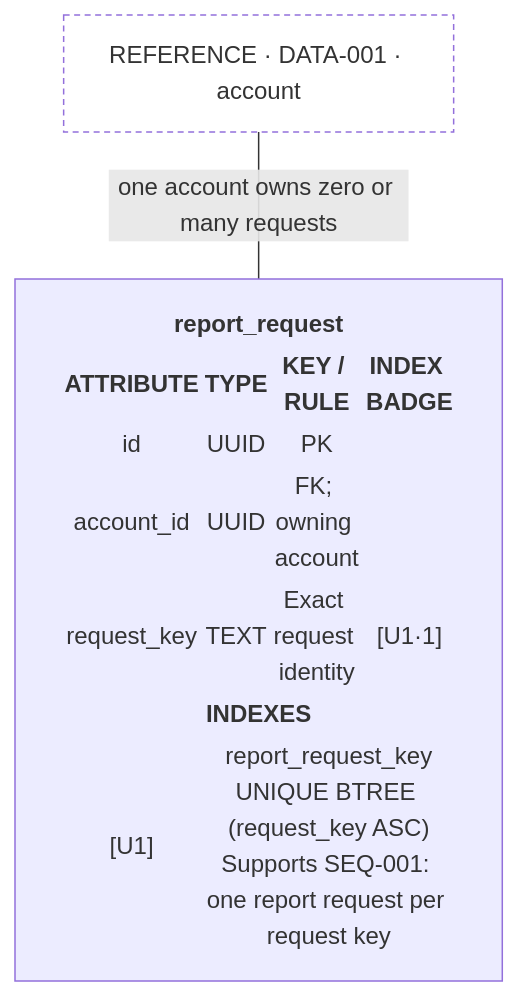
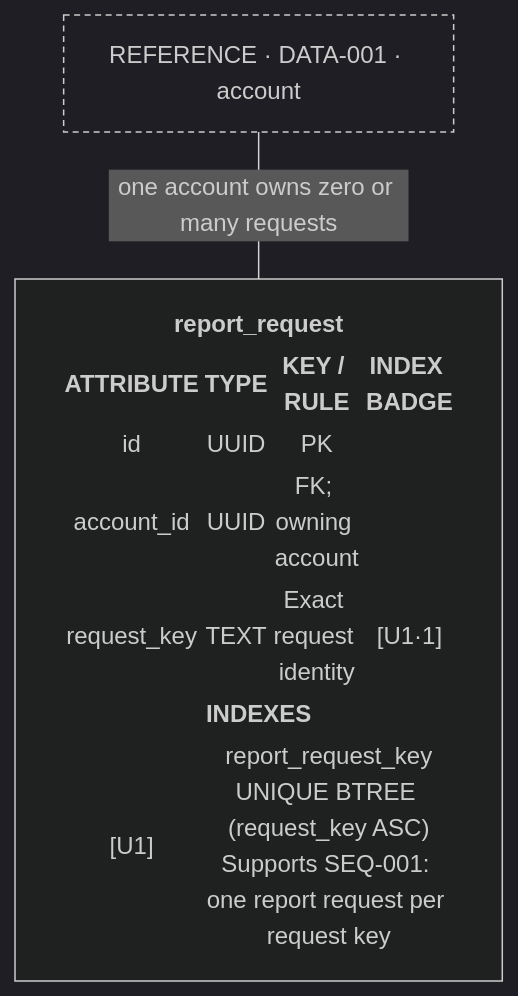
One commit to swabbie-dev/product-intent-package changed the first of 2 diagrams in skills/product-intent-manager/references/diagram-presentation.md. Above: the diagram before and after it, drawn with Mermaid. The commit also changed other lines of this file and 1 other file, not shown here.

Commit message:
docs: recommend dark-mode PIP diagrams

````diff
--- a/skills/product-intent-manager/references/diagram-presentation.md
+++ b/skills/product-intent-manager/references/diagram-presentation.md
@@ -39,13 +69,14 @@
 ```mermaid
 ---
 config:
+  theme: dark
   flowchart:
     htmlLabels: true
 ---
 flowchart TB
   ACCOUNT["REFERENCE · DATA-001 · account"]
   REQUEST["<table><tr><th colspan='4'>report_request</th></tr><tr><th>ATTRIBUTE</th><th>TYPE</th><th>KEY / RULE</th><th>INDEX BADGE</th></tr><tr><td>id</td><td>UUID</td><td>PK</td><td></td></tr><tr><td>account_id</td><td>UUID</td><td>FK; owning account</td><td></td></tr><tr><td>request_key</td><td>TEXT</td><td>Exact request identity</td><td>[U1·1]</td></tr><tr><th colspan='4'>INDEXES</th></tr><tr><td>[U1]</td><td colspan='3'>report_request_key<br/>UNIQUE BTREE (request_key ASC)<br/>Supports SEQ-001: one report request per request key</td></tr></table>"]
   ACCOUNT ---|"one account owns zero or many requests"| REQUEST
   classDef reference fill:transparent,stroke-dasharray:4 3
   class ACCOUNT reference
 ```
````
